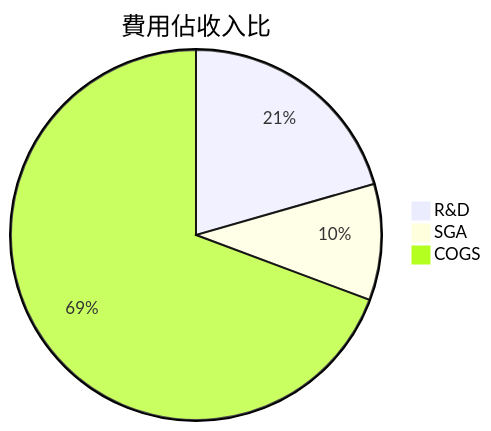
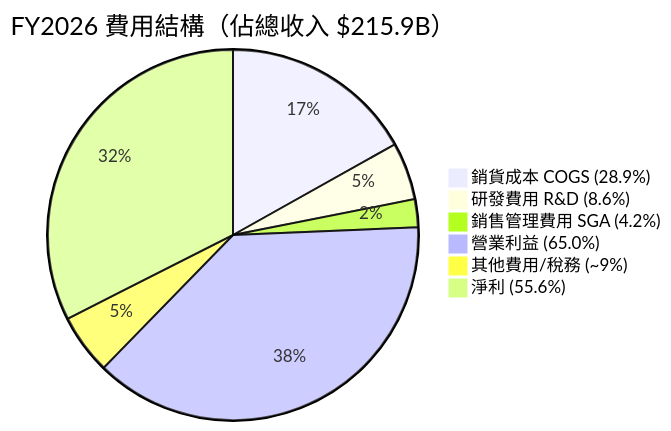
One commit to yennanliu/finance_data changed the fifth of 14 diagrams in claude_code/nvda/fundamental_analysis_2026-03-27_openai.md. Above: the diagram before and after it, drawn with Mermaid. The commit also changed other lines of this file, not shown here.

````diff
--- a/claude_code/nvda/fundamental_analysis_2026-03-27_openai.md
+++ b/claude_code/nvda/fundamental_analysis_2026-03-27_openai.md
@@ -145,7 +290,9 @@
 ```mermaid
-pie
-    title 費用佔收入比
-    "R&D": 8.57
-    "SGA": 4.23
-    "COGS": 28.9
+pie title FY2026 費用結構（佔總收入 $215.9B）
+    "銷貨成本 COGS (28.9%)" : 28.9
+    "研發費用 R&D (8.6%)" : 8.6
+    "銷售管理費用 SGA (4.2%)" : 4.2
+    "營業利益 (65.0%)" : 65.0
+    "其他費用/稅務 (~9%)" : 9.0
+    "淨利 (55.6%)" : 55.6
 ```
````
